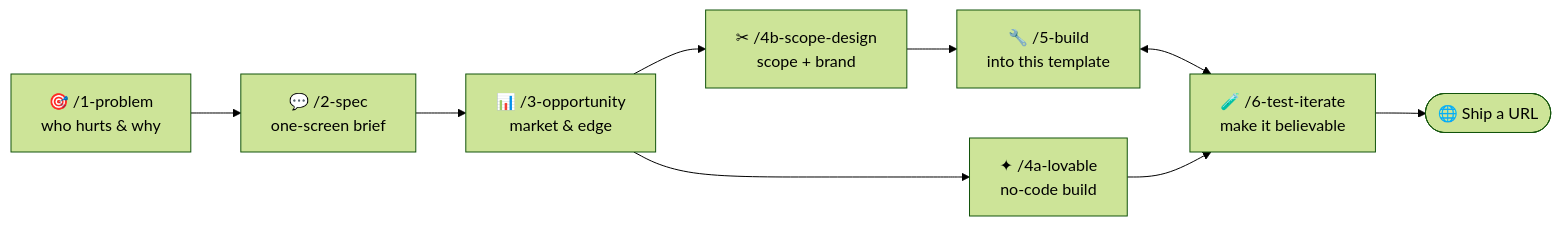
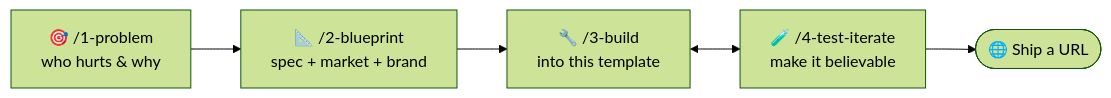
One commit to narpavi-ai/build-test-learn-workshop changed the diagram in README.md. Above: the diagram before and after it, drawn with Mermaid (forest theme). The commit also changed other lines of this file and 2 other files, not shown here.

````diff
--- a/README.md
+++ b/README.md
@@ -24,11 +25,7 @@
 ```mermaid
 flowchart LR
-    P["🎯 /1-problem<br/>who hurts & why"] --> S["💬 /2-spec<br/>one-screen brief"]
-    S --> O["📊 /3-opportunity<br/>market & edge"]
-    O --> A["✦ /4a-lovable<br/>no-code build"]
-    O --> B["✂ /4b-scope-design<br/>scope + brand"]
-    B --> BU["🔧 /5-build<br/>into this template"]
-    BU <--> T["🧪 /6-test-iterate<br/>make it believable"]
-    A --> T
+    P["🎯 /1-problem<br/>who hurts & why"] --> BL["📐 /2-blueprint<br/>spec + market + brand"]
+    BL --> BU["🔧 /3-build<br/>into this template"]
+    BU <--> T["🧪 /4-test-iterate<br/>make it believable"]
     T --> SHIP(["🌐 Ship a URL"])
 ```
````
